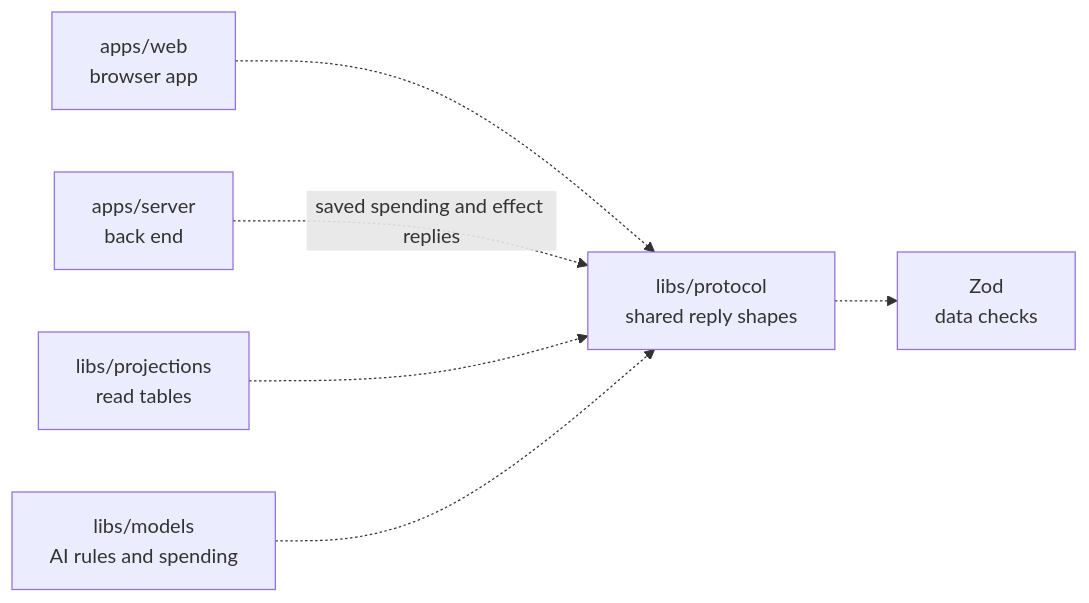
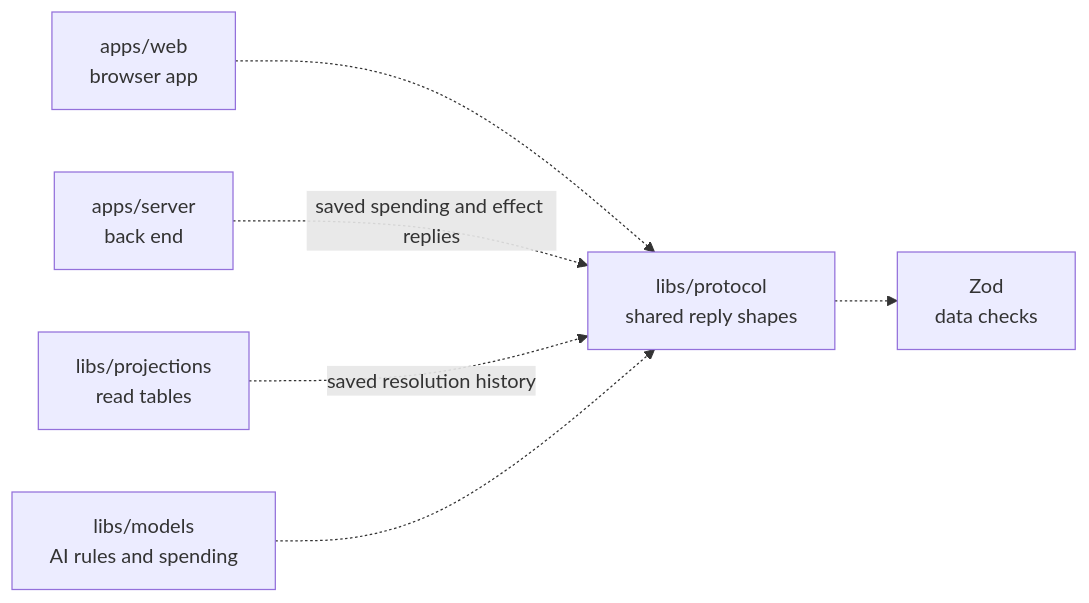
One commit to elewa-git/opencrane-new changed the diagram in libs/protocol/README.md. Above: the diagram before and after it, drawn with Mermaid. The commit also changed other lines of this file and 9 other files, not shown here.

Commit message:
🧾 Identify saved spending resolutions in change history

````diff
--- a/libs/protocol/README.md
+++ b/libs/protocol/README.md
@@ -26,8 +28,8 @@
 ```mermaid
 flowchart LR
   web["apps/web<br/>browser app"] -.-> protocol["libs/protocol<br/>shared reply shapes"]
   server["apps/server<br/>back end"] -.->|saved spending and effect replies| protocol
-  projections["libs/projections<br/>read tables"] -.-> protocol
+  projections["libs/projections<br/>read tables"] -.->|saved resolution history| protocol
   models["libs/models<br/>AI rules and spending"] -.-> protocol
   protocol -.-> zod["Zod<br/>data checks"]
 ```
````
